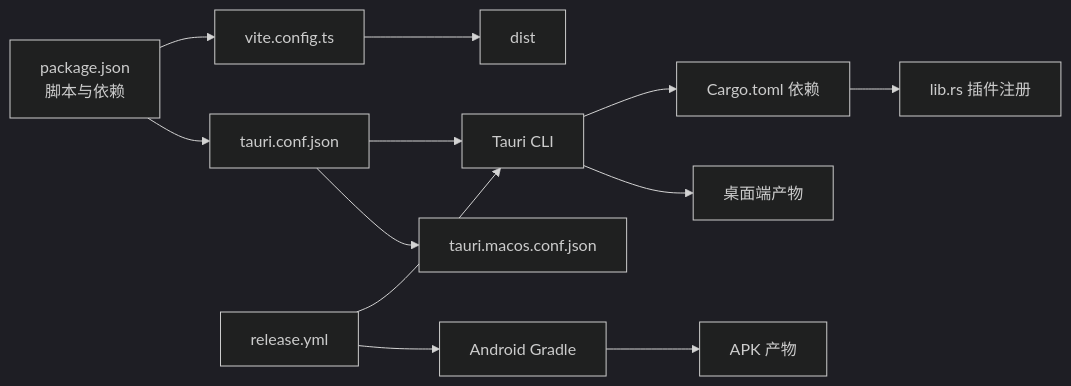
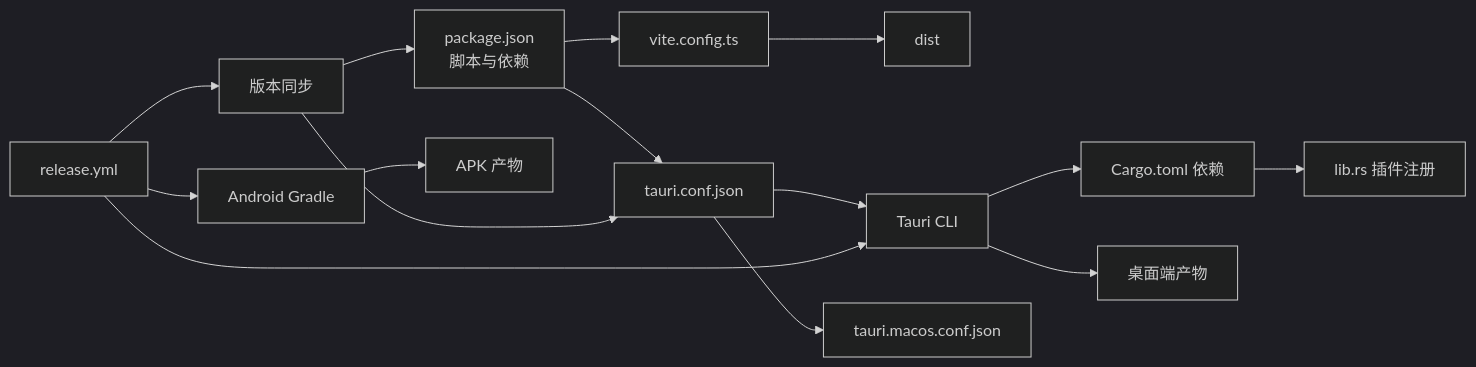
Before and after one commit to yn-zxj/Assetly: the third of 3 diagrams in .qoder/repowiki/zh/content/开发指南/构建与部署.md, drawn with Mermaid (dark theme). The commit also changed other lines of this file and 16 other files, not shown here.

````diff
--- a/.qoder/repowiki/zh/content/开发指南/构建与部署.md
+++ b/.qoder/repowiki/zh/content/开发指南/构建与部署.md
@@ -247,14 +271,17 @@
 ```mermaid
 graph LR
 Pkg["package.json<br/>脚本与依赖"] --> ViteCfg["vite.config.ts"]
 Pkg --> TauriConf["tauri.conf.json"]
 ViteCfg --> Dist["dist"]
 TauriConf --> TauriCli["Tauri CLI"]
 TauriCli --> RustDep["Cargo.toml 依赖"]
 RustDep --> LibRs["lib.rs 插件注册"]
 TauriConf --> MacOSCfg["tauri.macos.conf.json"]
-GH["release.yml"] --> TauriCli
+GH["release.yml"] --> VersionSync["版本同步"]
+VersionSync --> TauriConf
+VersionSync --> Pkg
+GH --> TauriCli
 GH --> AndroidGradle["Android Gradle"]
 AndroidGradle --> APK["APK 产物"]
 TauriCli --> Artifacts["桌面端产物"]
 ```
````
